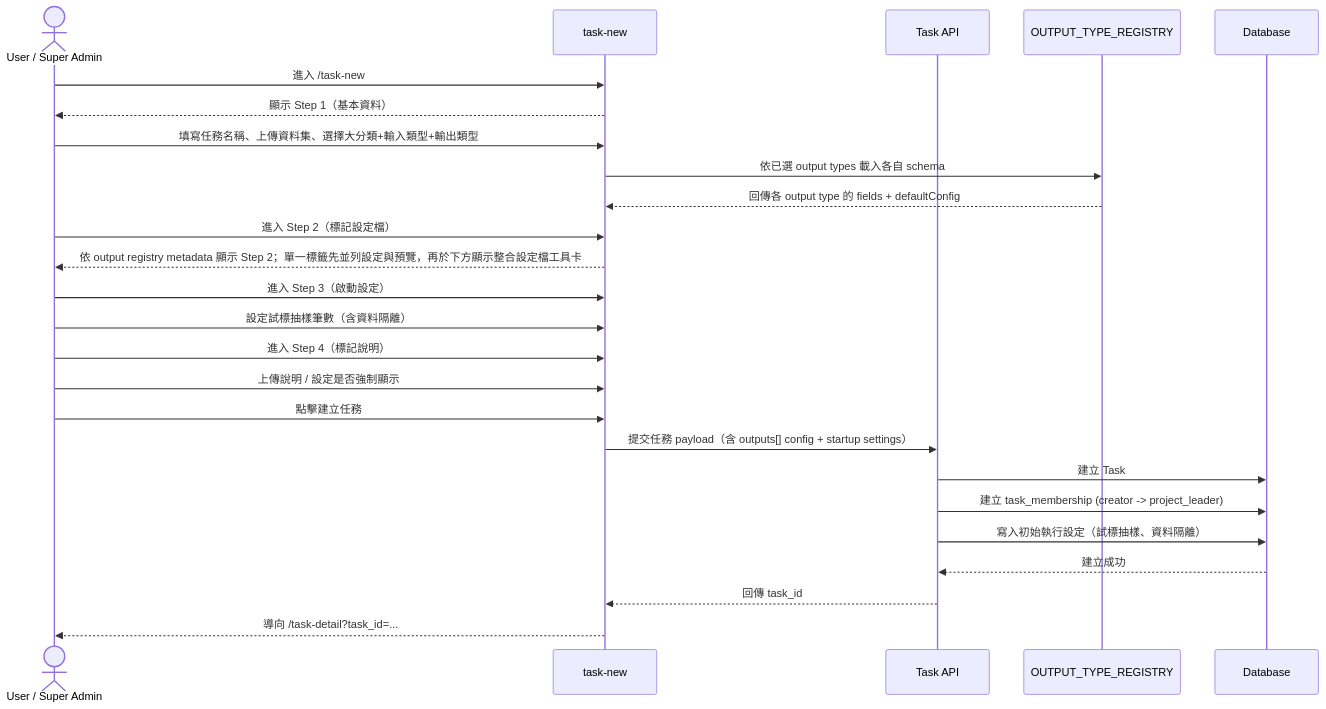
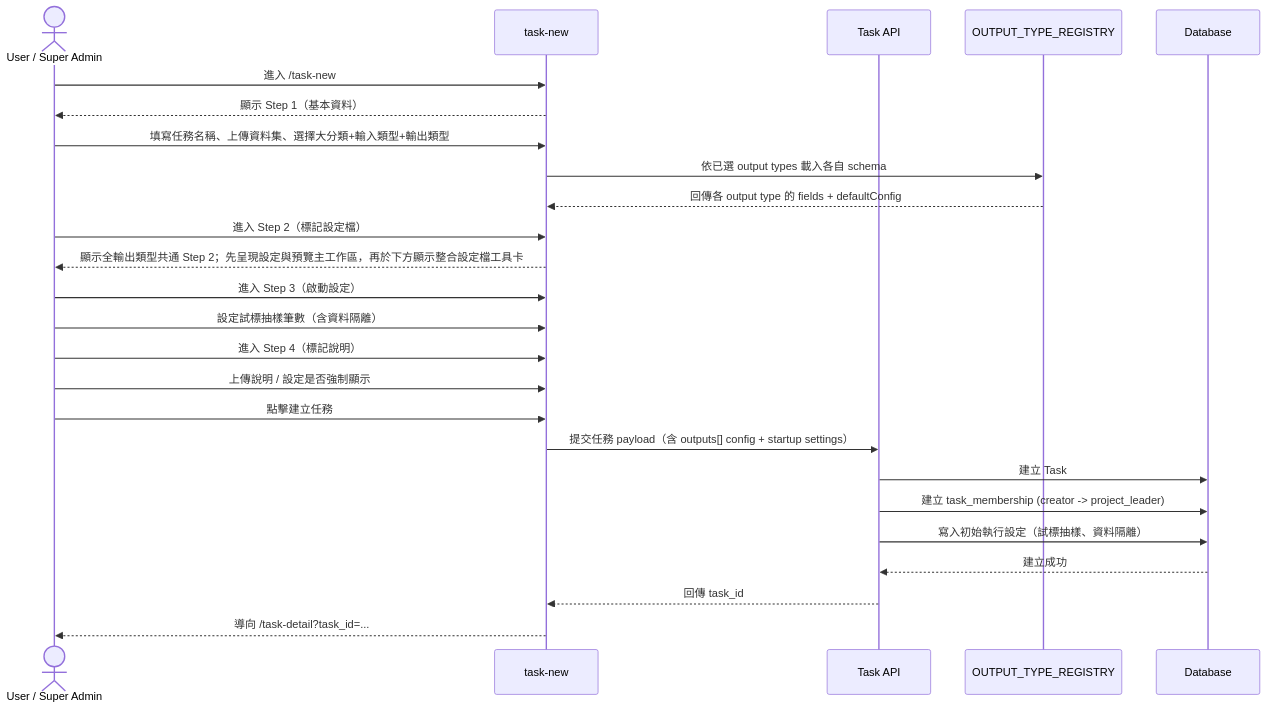
The first of 2 diagrams in specs/task-management/013-task-new/spec.md (singyichen/label-suite), drawn with Mermaid before and after one commit. The commit also changed other lines of this file and 2 other files, not shown here.

First line of the commit message:
docs: unify step two layout requirements

````diff
--- a/specs/task-management/013-task-new/spec.md
+++ b/specs/task-management/013-task-new/spec.md
@@ -88,33 +89,33 @@
 ```mermaid
 sequenceDiagram
     actor U as User / Super Admin
     participant UI as task-new
     participant API as Task API
     participant Registry as OUTPUT_TYPE_REGISTRY
     participant DB as Database
 
     U->>UI: 進入 /task-new
     UI-->>U: 顯示 Step 1（基本資料）
 
     U->>UI: 填寫任務名稱、上傳資料集、選擇大分類+輸入類型+輸出類型
     UI->>Registry: 依已選 output types 載入各自 schema
     Registry-->>UI: 回傳各 output type 的 fields + defaultConfig
 
     U->>UI: 進入 Step 2（標記設定檔）
-    UI-->>U: 依 output registry metadata 顯示 Step 2；單一標籤先並列設定與預覽，再於下方顯示整合設定檔工具卡
+    UI-->>U: 顯示全輸出類型共通 Step 2；先呈現設定與預覽主工作區，再於下方顯示整合設定檔工具卡
 
     U->>UI: 進入 Step 3（啟動設定）
     U->>UI: 設定試標抽樣筆數（含資料隔離）
 
     U->>UI: 進入 Step 4（標記說明）
     U->>UI: 上傳說明 / 設定是否強制顯示
 
     U->>UI: 點擊建立任務
     UI->>API: 提交任務 payload（含 outputs[] config + startup settings）
     API->>DB: 建立 Task
     API->>DB: 建立 task_membership (creator -> project_leader)
     API->>DB: 寫入初始執行設定（試標抽樣、資料隔離）
     DB-->>API: 建立成功
     API-->>UI: 回傳 task_id
     UI-->>U: 導向 /task-detail?task_id=...
 ```
````
